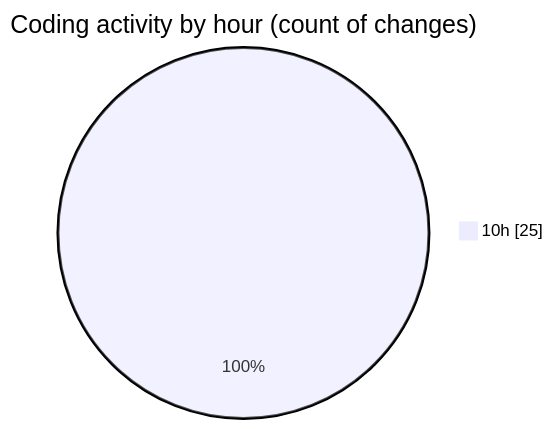
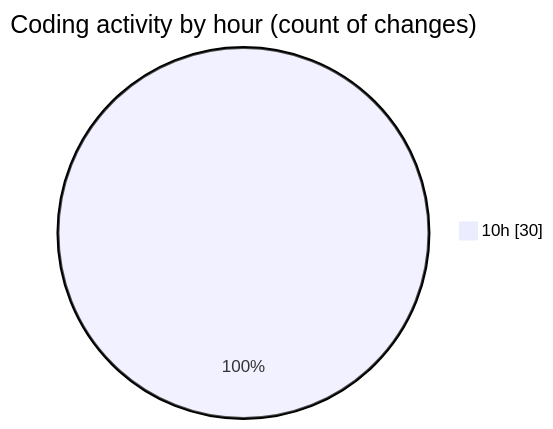
One commit to momahboobian/code-tracking changed the second of 2 diagrams in 2025-05-01/cda/README.md. Above: the diagram before and after it, drawn with Mermaid. The commit also changed other lines of this file and 1 other file, not shown here.

````diff
--- a/2025-05-01/cda/README.md
+++ b/2025-05-01/cda/README.md
@@ -33,5 +33,5 @@
 ```mermaid
 pie showData
 title Coding activity by hour (count of changes)
-"10h" : 25
+"10h" : 30
 ```
````
